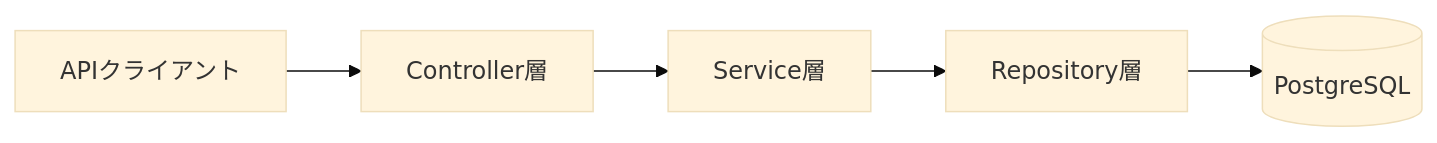
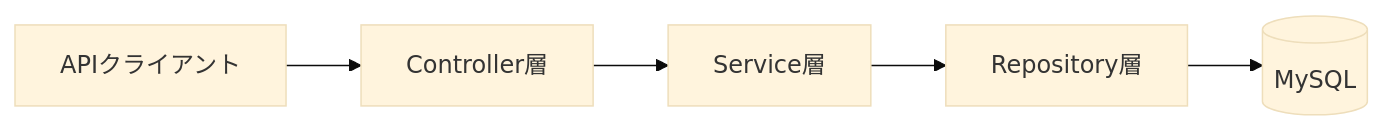
Before and after one commit to jaywong1024/user-management-system: the first of 2 diagrams in docs/基本設計書.md, drawn with Mermaid (base theme). The commit also changed other lines of this file and 24 other files, not shown here.

````diff
--- a/docs/基本設計書.md
+++ b/docs/基本設計書.md
@@ -51,7 +51,7 @@
 ```mermaid
 flowchart LR
     Client[APIクライアント] --> Controller[Controller層]
     Controller --> Service[Service層]
     Service --> Repository[Repository層]
-    Repository --> DB[(PostgreSQL)]
+    Repository --> DB[(MySQL)]
 ```
````
